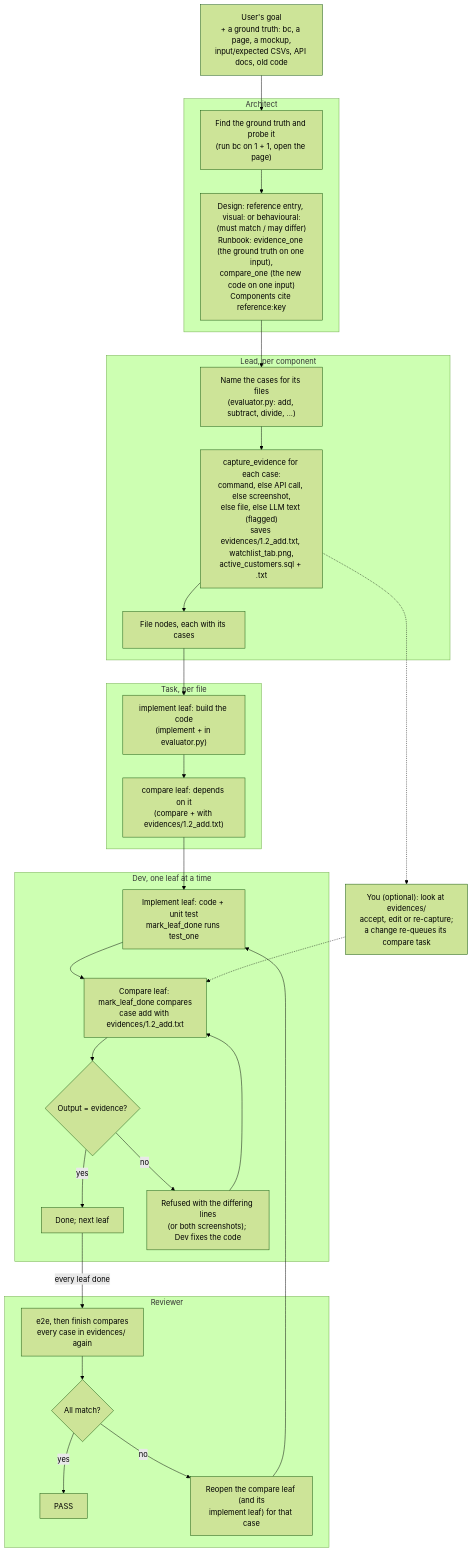
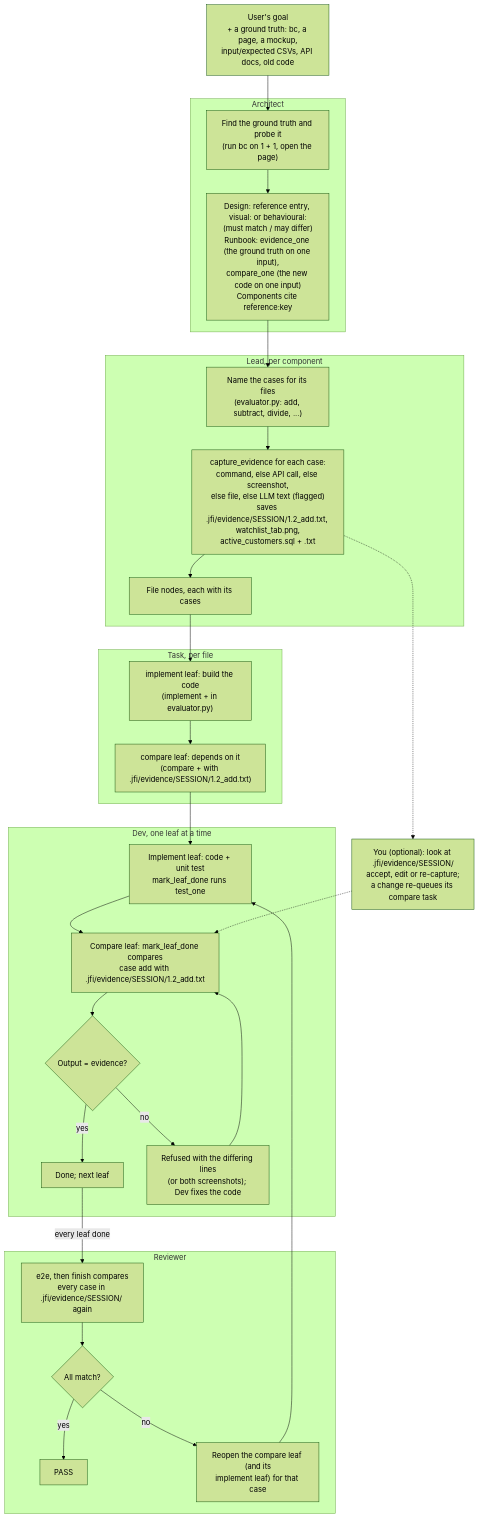
The first of 2 diagrams in docs/old_new.md (Tejasvedagiri/Just-Finish-It), drawn with Mermaid (forest theme) before and after one commit. The commit also changed other lines of this file and 21 other files, not shown here.

First line of the commit message:
evidence: in .jfi/evidence/<session_id>/, and refused to the file tools

````diff
--- a/docs/old_new.md
+++ b/docs/old_new.md
@@ -165,46 +165,46 @@
 ```mermaid
 flowchart TD
     G["User's goal<br/>+ a ground truth: bc, a page, a mockup,<br/>input/expected CSVs, API docs, old code"]
 
     subgraph ARCH["Architect"]
         A1["Find the ground truth and probe it<br/>(run bc on 1 + 1, open the page)"]
         A2["Design: reference entry, visual: or behavioural:<br/>(must match / may differ)<br/>Runbook: evidence_one (the ground truth on one input),<br/>compare_one (the new code on one input)<br/>Components cite reference:key"]
     end
 
     subgraph LEAD["Lead, per component"]
         L1["Name the cases for its files<br/>(evaluator.py: add, subtract, divide, ...)"]
-        L2["capture_evidence for each case:<br/>command, else API call, else screenshot,<br/>else file, else LLM text (flagged)<br/>saves evidences/1.2_add.txt, watchlist_tab.png,<br/>active_customers.sql + .txt"]
+        L2["capture_evidence for each case:<br/>command, else API call, else screenshot,<br/>else file, else LLM text (flagged)<br/>saves .jfi/evidence/SESSION/1.2_add.txt, watchlist_tab.png,<br/>active_customers.sql + .txt"]
         L3["File nodes, each with its cases"]
     end
 
-    U["You (optional): look at evidences/<br/>accept, edit or re-capture;<br/>a change re-queues its compare task"]
+    U["You (optional): look at .jfi/evidence/SESSION/<br/>accept, edit or re-capture;<br/>a change re-queues its compare task"]
 
     subgraph TASK["Task, per file"]
         T1["implement leaf: build the code<br/>(implement + in evaluator.py)"]
-        T2["compare leaf: depends on it<br/>(compare + with evidences/1.2_add.txt)"]
+        T2["compare leaf: depends on it<br/>(compare + with .jfi/evidence/SESSION/1.2_add.txt)"]
     end
 
     subgraph DEV["Dev, one leaf at a time"]
         D1["Implement leaf: code + unit test<br/>mark_leaf_done runs test_one"]
-        D2["Compare leaf: mark_leaf_done compares<br/>case add with evidences/1.2_add.txt"]
+        D2["Compare leaf: mark_leaf_done compares<br/>case add with .jfi/evidence/SESSION/1.2_add.txt"]
         DQ{"Output = evidence?"}
         DOK["Done; next leaf"]
         DFIX["Refused with the differing lines<br/>(or both screenshots); Dev fixes the code"]
     end
 
     subgraph REV["Reviewer"]
-        R1["e2e, then finish compares<br/>every case in evidences/ again"]
+        R1["e2e, then finish compares<br/>every case in .jfi/evidence/SESSION/ again"]
         RQ{"All match?"}
         RPASS["PASS"]
         RFIX["Reopen the compare leaf (and its<br/>implement leaf) for that case"]
     end
 
     G --> A1 --> A2 --> L1 --> L2 --> L3 --> T1 --> T2 --> D1 --> D2 --> DQ
     L2 -.-> U
     U -.-> D2
     DQ -- yes --> DOK
     DQ -- no --> DFIX --> D2
     DOK -- "every leaf done" --> R1 --> RQ
     RQ -- yes --> RPASS
     RQ -- no --> RFIX --> D1
 ```
````
